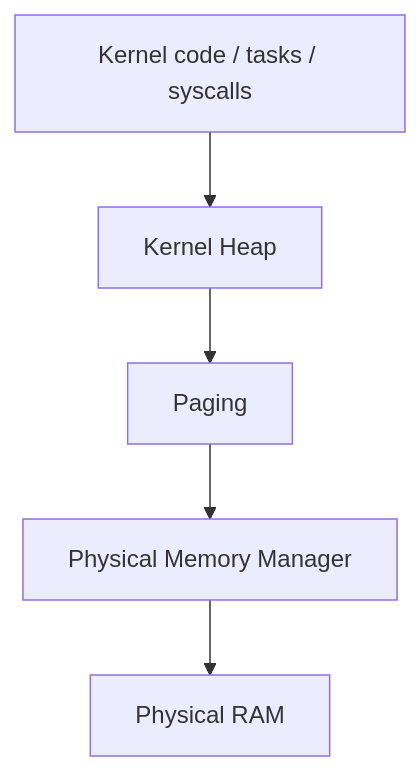
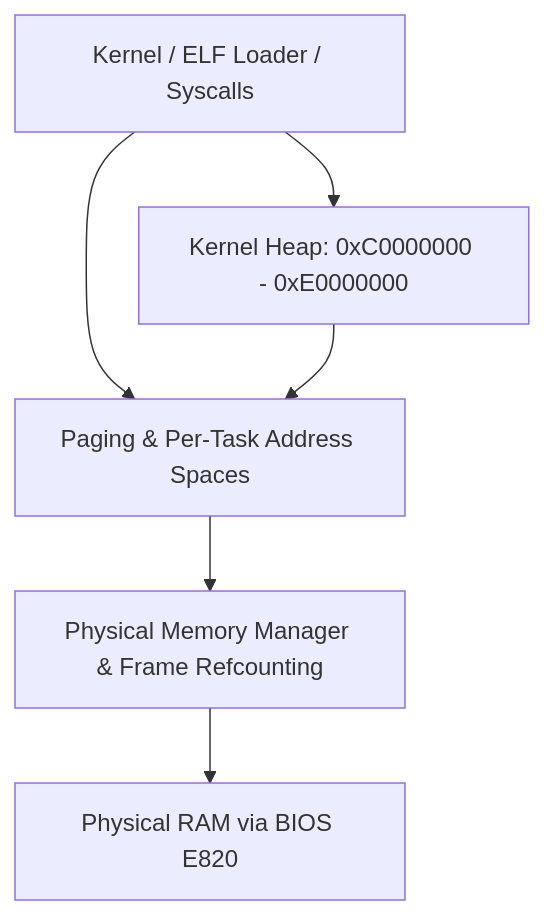
The diagram in docs/memory.md (abhinavprakash-x/osdev), drawn with Mermaid before and after one commit. The commit also changed other lines of this file and 18 other files, not shown here.

````diff
--- a/docs/memory.md
+++ b/docs/memory.md
@@ -5,8 +5,9 @@
 ```mermaid
 flowchart TD
-    K[Kernel code / tasks / syscalls]
-    K --> H[Kernel Heap]
-    H --> PG[Paging]
-    PG --> PMM[Physical Memory Manager]
-    PMM --> RAM[Physical RAM]
+    K[Kernel / ELF Loader / Syscalls]
+    K --> H[Kernel Heap: 0xC0000000 - 0xE0000000]
+    K --> VMM[Paging & Per-Task Address Spaces]
+    H --> VMM
+    VMM --> PMM[Physical Memory Manager & Frame Refcounting]
+    PMM --> RAM[Physical RAM via BIOS E820]
 ```
````
